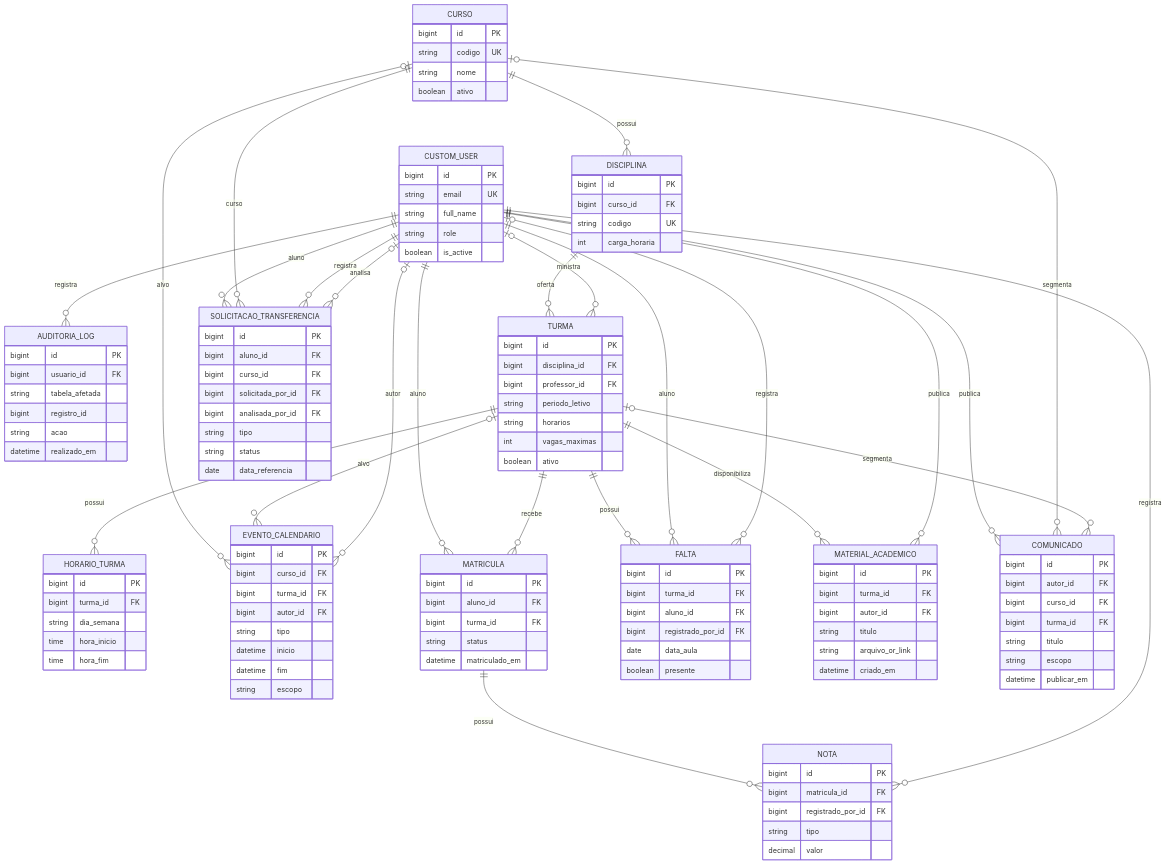
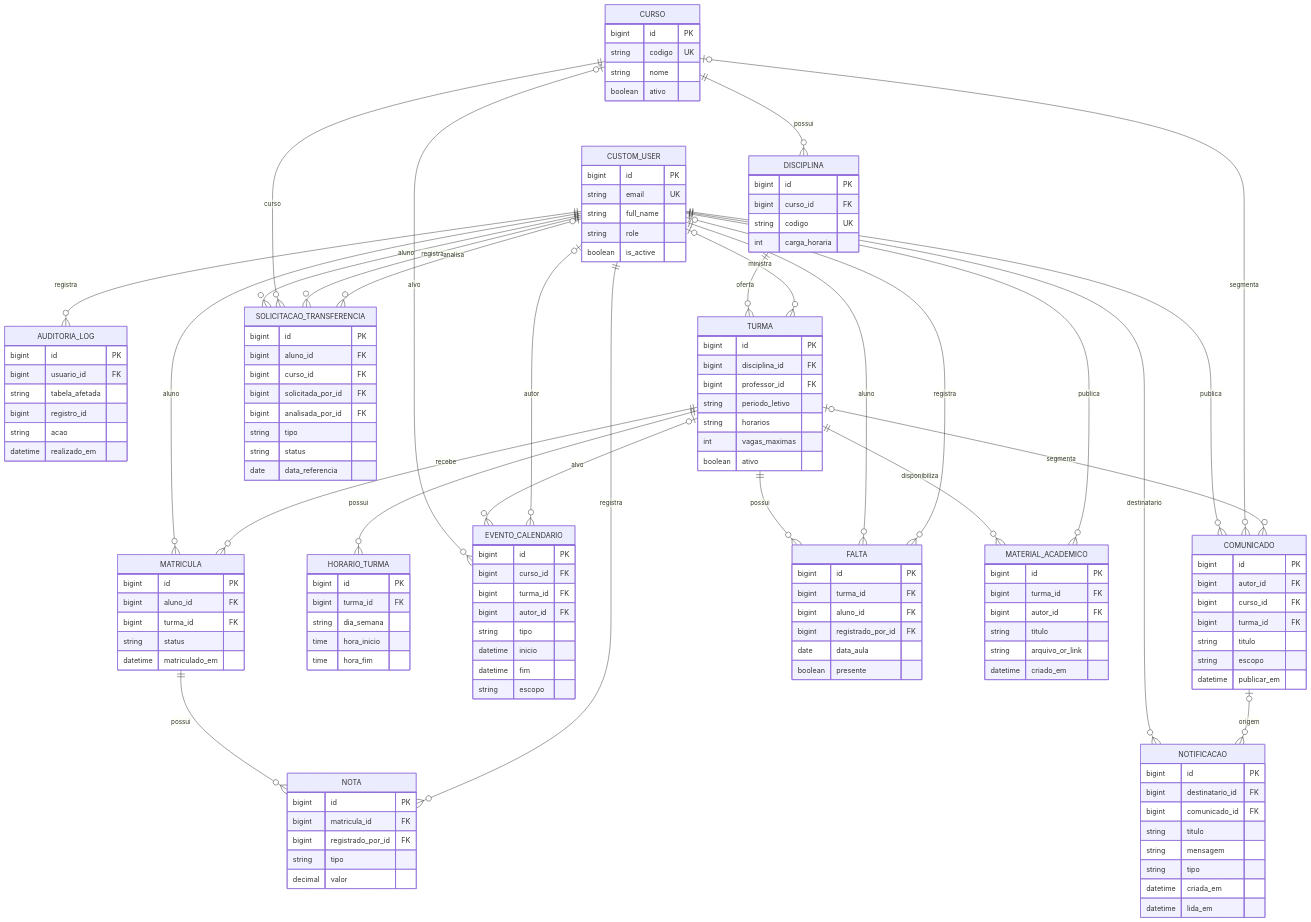
Before and after one commit to joao-luizzz/SGA: the diagram in docs/SGA-04-MODELAGEM-DADOS.md, drawn with Mermaid. The commit also changed other lines of this file and 10 other files, not shown here.

````diff
--- a/docs/SGA-04-MODELAGEM-DADOS.md
+++ b/docs/SGA-04-MODELAGEM-DADOS.md
@@ -33,41 +35,44 @@
 ```mermaid
 erDiagram
     CUSTOM_USER ||--o{ AUDITORIA_LOG : registra
+    CUSTOM_USER ||--o{ NOTIFICACAO : destinatario
+    COMUNICADO o|--o{ NOTIFICACAO : origem
     CURSO ||--o{ DISCIPLINA : possui
     DISCIPLINA ||--o{ TURMA : oferta
     CUSTOM_USER o|--o{ TURMA : ministra
     TURMA ||--o{ HORARIO_TURMA : possui
     CURSO o|--o{ EVENTO_CALENDARIO : alvo
     TURMA o|--o{ EVENTO_CALENDARIO : alvo
     CUSTOM_USER o|--o{ EVENTO_CALENDARIO : autor
     CUSTOM_USER ||--o{ MATRICULA : aluno
     TURMA ||--o{ MATRICULA : recebe
     TURMA ||--o{ FALTA : possui
     CUSTOM_USER ||--o{ FALTA : aluno
     CUSTOM_USER o|--o{ FALTA : registra
     MATRICULA ||--o{ NOTA : possui
     CUSTOM_USER ||--o{ NOTA : registra
     TURMA ||--o{ MATERIAL_ACADEMICO : disponibiliza
     CUSTOM_USER ||--o{ MATERIAL_ACADEMICO : publica
     CUSTOM_USER ||--o{ COMUNICADO : publica
     CURSO o|--o{ COMUNICADO : segmenta
     TURMA o|--o{ COMUNICADO : segmenta
     CUSTOM_USER ||--o{ SOLICITACAO_TRANSFERENCIA : aluno
     CURSO ||--o{ SOLICITACAO_TRANSFERENCIA : curso
     CUSTOM_USER ||--o{ SOLICITACAO_TRANSFERENCIA : registra
     CUSTOM_USER o|--o{ SOLICITACAO_TRANSFERENCIA : analisa
 
     CUSTOM_USER { bigint id PK string email UK string full_name string role boolean is_active }
+    NOTIFICACAO { bigint id PK bigint destinatario_id FK bigint comunicado_id FK string titulo string mensagem string tipo datetime criada_em datetime lida_em }
     AUDITORIA_LOG { bigint id PK bigint usuario_id FK string tabela_afetada bigint registro_id string acao datetime realizado_em }
     CURSO { bigint id PK string codigo UK string nome boolean ativo }
     DISCIPLINA { bigint id PK bigint curso_id FK string codigo UK int carga_horaria }
     TURMA { bigint id PK bigint disciplina_id FK bigint professor_id FK string periodo_letivo string horarios int vagas_maximas boolean ativo }
     HORARIO_TURMA { bigint id PK bigint turma_id FK string dia_semana time hora_inicio time hora_fim }
     EVENTO_CALENDARIO { bigint id PK bigint curso_id FK bigint turma_id FK bigint autor_id FK string tipo datetime inicio datetime fim string escopo }
     MATRICULA { bigint id PK bigint aluno_id FK bigint turma_id FK string status datetime matriculado_em }
     FALTA { bigint id PK bigint turma_id FK bigint aluno_id FK bigint registrado_por_id FK date data_aula boolean presente }
     NOTA { bigint id PK bigint matricula_id FK bigint registrado_por_id FK string tipo decimal valor }
     MATERIAL_ACADEMICO { bigint id PK bigint turma_id FK bigint autor_id FK string titulo string arquivo_or_link datetime criado_em }
     COMUNICADO { bigint id PK bigint autor_id FK bigint curso_id FK bigint turma_id FK string titulo string escopo datetime publicar_em }
     SOLICITACAO_TRANSFERENCIA { bigint id PK bigint aluno_id FK bigint curso_id FK bigint solicitada_por_id FK bigint analisada_por_id FK string tipo string status date data_referencia }
 ```
````
